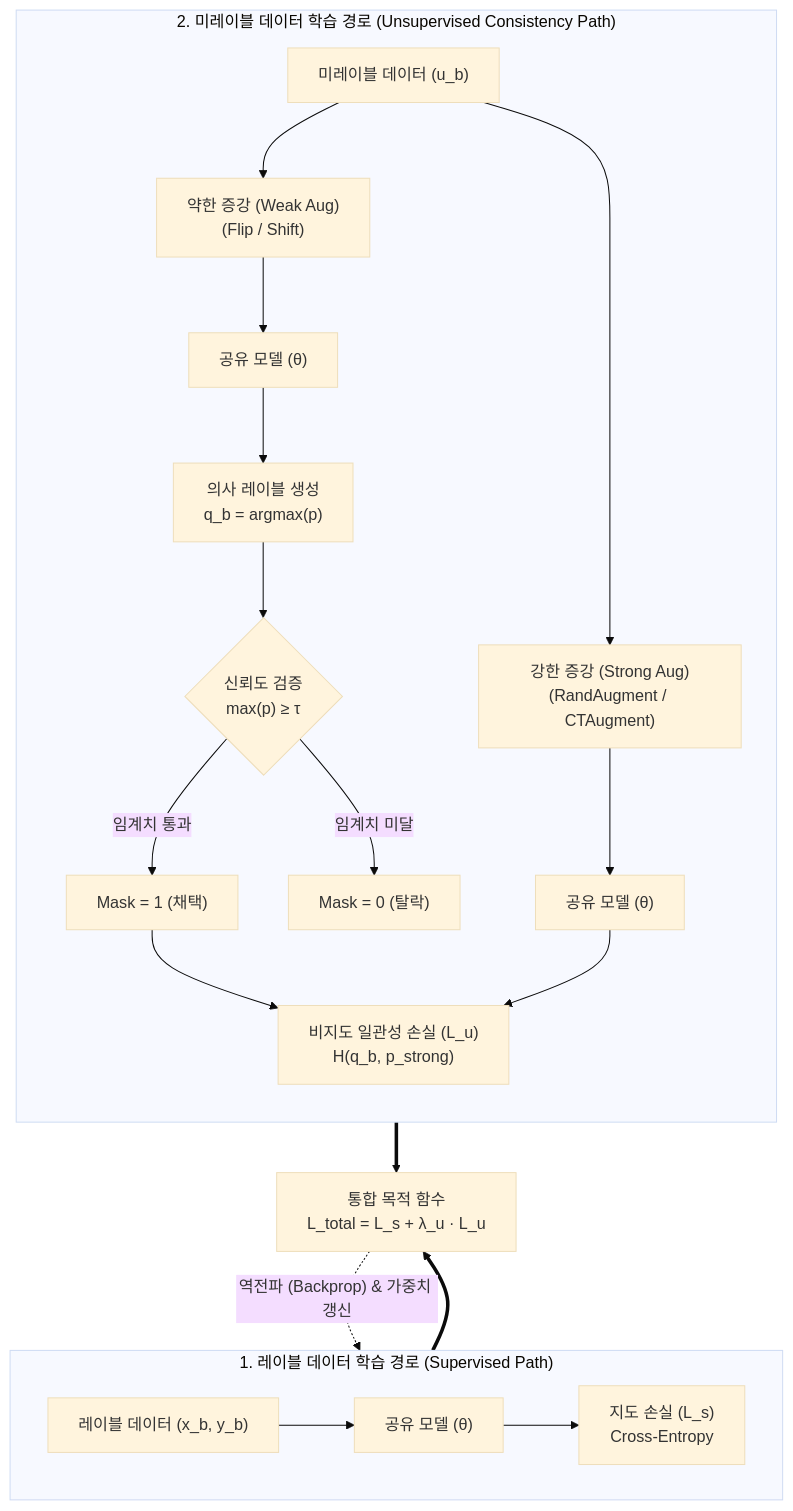
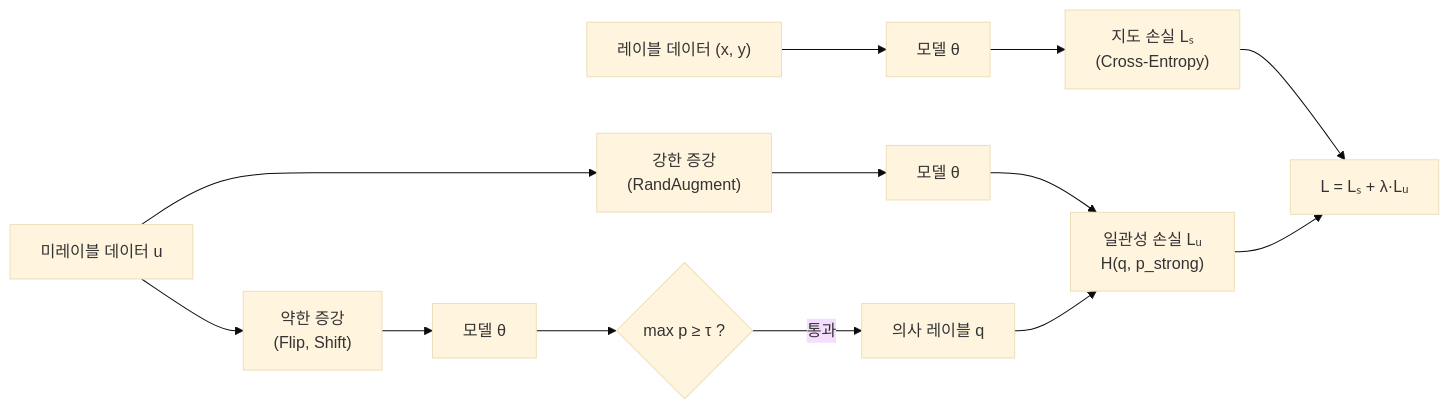
The diagram in content/01_IT Tech/준지도학습.md (supremethumb/supremethumb.github.io), drawn with Mermaid (base theme) before and after one commit. The commit also changed other lines of this file and 1087 other files, not shown here.

````diff
--- a/content/01_IT Tech/준지도학습.md
+++ b/content/01_IT Tech/준지도학습.md
@@ -33,35 +35,11 @@
 ```mermaid
-flowchart TB
-    subgraph Labeled_Stream ["1. 레이블 데이터 학습 경로 (Supervised Path)"]
-        direction LR
-        DL["레이블 데이터 (x_b, y_b)"] --> M_L["공유 모델 (θ)"]
-        M_L --> L_S["지도 손실 (L_s)<br/>Cross-Entropy"]
-    end
-
-    subgraph Unlabeled_Stream ["2. 미레이블 데이터 학습 경로 (Unsupervised Consistency Path)"]
-        direction TB
-        DU["미레이블 데이터 (u_b)"]
-        
-        WA["약한 증강 (Weak Aug)<br/>(Flip / Shift)"]
-        SA["강한 증강 (Strong Aug)<br/>(RandAugment / CTAugment)"]
-        
-        DU --> WA
-        DU --> SA
-        
-        WA --> M_WA["공유 모델 (θ)"]
-        SA --> M_SA["공유 모델 (θ)"]
-        
-        M_WA --> PL["의사 레이블 생성<br/>q_b = argmax(p)"]
-        PL --> TH{"신뢰도 검증<br/>max(p) ≥ τ"}
-        
-        TH -->|"임계치 통과"| MASK["Mask = 1 (채택)"]
-        TH -->|"임계치 미달"| DROP["Mask = 0 (탈락)"]
-        
-        MASK --> L_U["비지도 일관성 손실 (L_u)<br/>H(q_b, p_strong)"]
-        M_SA --> L_U
-    end
-
-    L_S & L_U ==> LOSS["통합 목적 함수<br/>L_total = L_s + λ_u · L_u"]
-    LOSS -.->|"역전파 (Backprop) & 가중치 갱신"| M_L
-
+flowchart LR
+    XL["레이블 데이터 (x, y)"] --> M1["모델 θ"] --> LS["지도 손실 Lₛ<br/>(Cross-Entropy)"]
+    U["미레이블 데이터 u"] --> WA["약한 증강<br/>(Flip, Shift)"]
+    U --> SA["강한 증강<br/>(RandAugment)"]
+    WA --> M2["모델 θ"] --> PL{"max p ≥ τ ?"}
+    PL -- "통과" --> Q["의사 레이블 q"]
+    SA --> M3["모델 θ"] --> LU["일관성 손실 Lᵤ<br/>H(q, p_strong)"]
+    Q --> LU
+    LS & LU --> T["L = Lₛ + λ·Lᵤ"]
 ```
````
